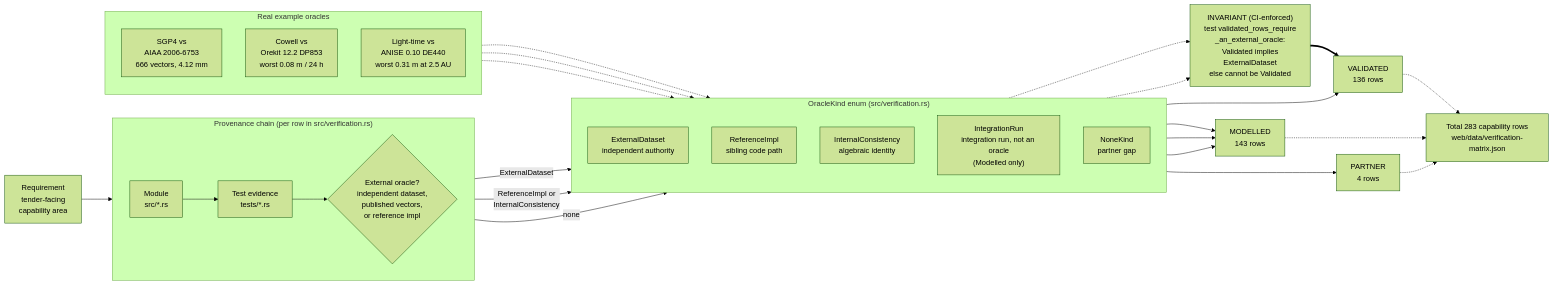
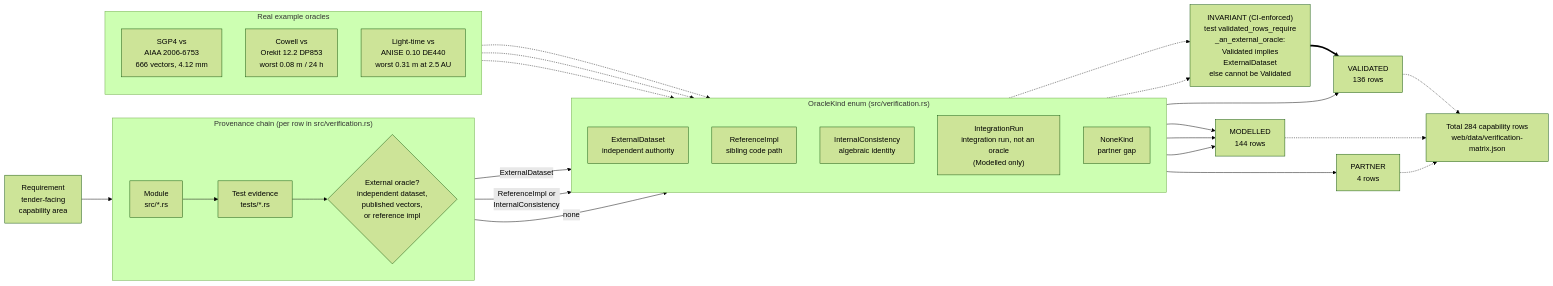
One commit to ashfordeOU/kshana changed the diagram in docs/diagrams/validation-provenance.mmd. Above: the diagram before and after it, drawn with Mermaid (forest theme). The commit also changed 27 other files, not shown here.

Commit message:
cap-30 stage 1: TRK-2-18 ODF reader; registered run against the PDS label: R1, R2, R4, R5, R6 hold, R3 misses on the end-of-file table (label 120 rows, file 121; label internally inconsistent) — FINDING pinned; MODELLED row; CHANGELOG; regenerate (284: 136 V / 144 M / 4 P)

```diff
--- a/docs/diagrams/validation-provenance.mmd
+++ b/docs/diagrams/validation-provenance.mmd
@@ -1,51 +1,51 @@
 flowchart LR
     REQ["Requirement<br/>tender-facing<br/>capability area"]
 
     subgraph CHAIN["Provenance chain (per row in src/verification.rs)"]
         direction LR
         MOD["Module<br/>src/*.rs"]
         TST["Test evidence<br/>tests/*.rs"]
         ORA{"External oracle?<br/>independent dataset,<br/>published vectors,<br/>or reference impl"}
     end
 
     REQ --> MOD --> TST --> ORA
 
     subgraph KINDS["OracleKind enum (src/verification.rs)"]
         direction TD
         EXT["ExternalDataset<br/>independent authority"]
         REF["ReferenceImpl<br/>sibling code path"]
         INT["InternalConsistency<br/>algebraic identity"]
         IRN["IntegrationRun<br/>integration run, not an oracle<br/>(Modelled only)"]
         NON["NoneKind<br/>partner gap"]
     end
 
     ORA -->|ExternalDataset| EXT
     ORA -->|"ReferenceImpl or<br/>InternalConsistency"| INT
     ORA -->|none| NON
 
     GUARD["INVARIANT (CI-enforced)<br/>test validated_rows_require<br/>_an_external_oracle:<br/>Validated implies<br/>ExternalDataset<br/>else cannot be Validated"]
     EXT -.-> GUARD
     INT -.-> GUARD
 
     EXT --> VAL["VALIDATED<br/>136 rows"]
-    REF --> MDL["MODELLED<br/>143 rows"]
+    REF --> MDL["MODELLED<br/>144 rows"]
     INT --> MDL
     IRN --> MDL
     NON --> PRT["PARTNER<br/>4 rows"]
     GUARD ==> VAL
 
     subgraph EX["Real example oracles"]
         direction TD
         E1["SGP4 vs<br/>AIAA 2006-6753<br/>666 vectors, 4.12 mm"]
         E2["Cowell vs<br/>Orekit 12.2 DP853<br/>worst 0.08 m / 24 h"]
         E3["Light-time vs<br/>ANISE 0.10 DE440<br/>worst 0.31 m at 2.5 AU"]
     end
 
     E1 -.-> EXT
     E2 -.-> EXT
     E3 -.-> EXT
 
-    TOTAL["Total 283 capability rows<br/>web/data/verification-matrix.json"]
+    TOTAL["Total 284 capability rows<br/>web/data/verification-matrix.json"]
     VAL -.-> TOTAL
     MDL -.-> TOTAL
     PRT -.-> TOTAL
```
